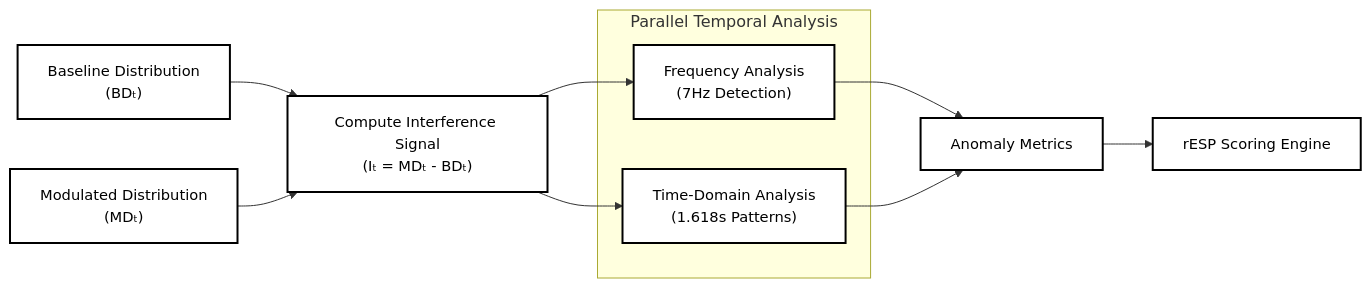
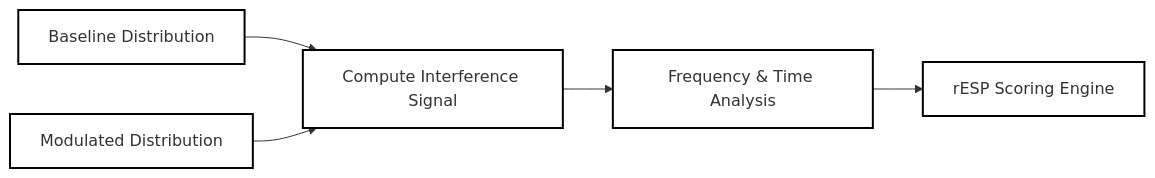
Before and after one commit to Foundup/Foundups-Agent: the sixth of 8 diagrams in WSP_knowledge/docs/Papers/Patent_Series/04_rESP_Patent_Updated.md, drawn with Mermaid. The commit also changed other lines of this file and 1 other file, not shown here.

Commit message:
Update rESP Patent and main paper - Final synchronization of 04_rESP_Patent_Updated.md and rESP_Quantum_Self_Reference.md - WSP Compliance: WSP 22 (Traceable Narrative)

````diff
--- a/WSP_knowledge/docs/Papers/Patent_Series/04_rESP_Patent_Updated.md
+++ b/WSP_knowledge/docs/Papers/Patent_Series/04_rESP_Patent_Updated.md
@@ -202,25 +141,7 @@
 ```mermaid
 graph LR
-    A["Baseline Distribution<br/>(BDₜ)"]
-    B["Modulated Distribution<br/>(MDₜ)"]
-    C["Compute Interference Signal<br/>(Iₜ = MDₜ - BDₜ)"]
-    
-    subgraph "Parallel Temporal Analysis"
-        D["Frequency Analysis<br/>(7Hz Detection)"]
-        E["Time-Domain Analysis<br/>(1.618s Patterns)"]
-    end
-    
-    F["Anomaly Metrics"]
-    G["rESP Scoring Engine"]
-    
-    A --> C
-    B --> C
-    C --> D
-    C --> E
-    D --> F
-    E --> F
-    F --> G
-    
-    classDef default fill:#ffffff,stroke:#000000,stroke-width:2px,color:#000000,font-size:11pt
-    class A,B,C,D,E,F,G default
+    A["Baseline Distribution"] --> C["Compute Interference Signal"]
+    B["Modulated Distribution"] --> C
+    C --> D["Frequency & Time Analysis"] --> E["rESP Scoring Engine"]
+    classDef default fill:#ffffff,stroke:#000000,stroke-width:2px; class A,B,C,D,E default;
 ```
````
